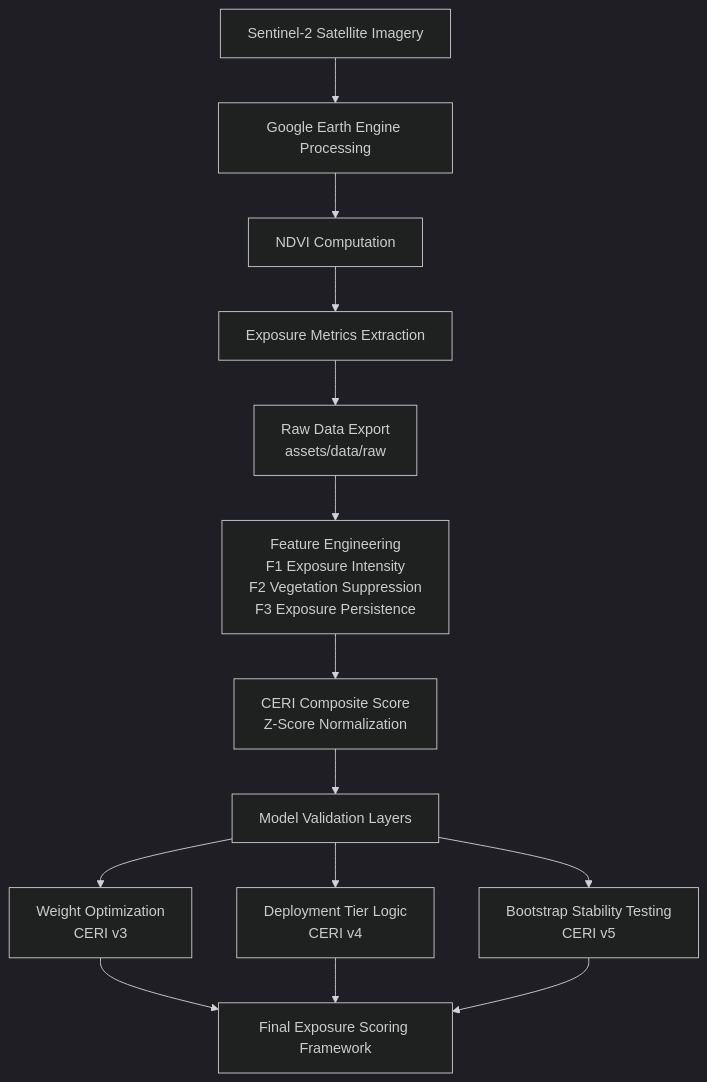
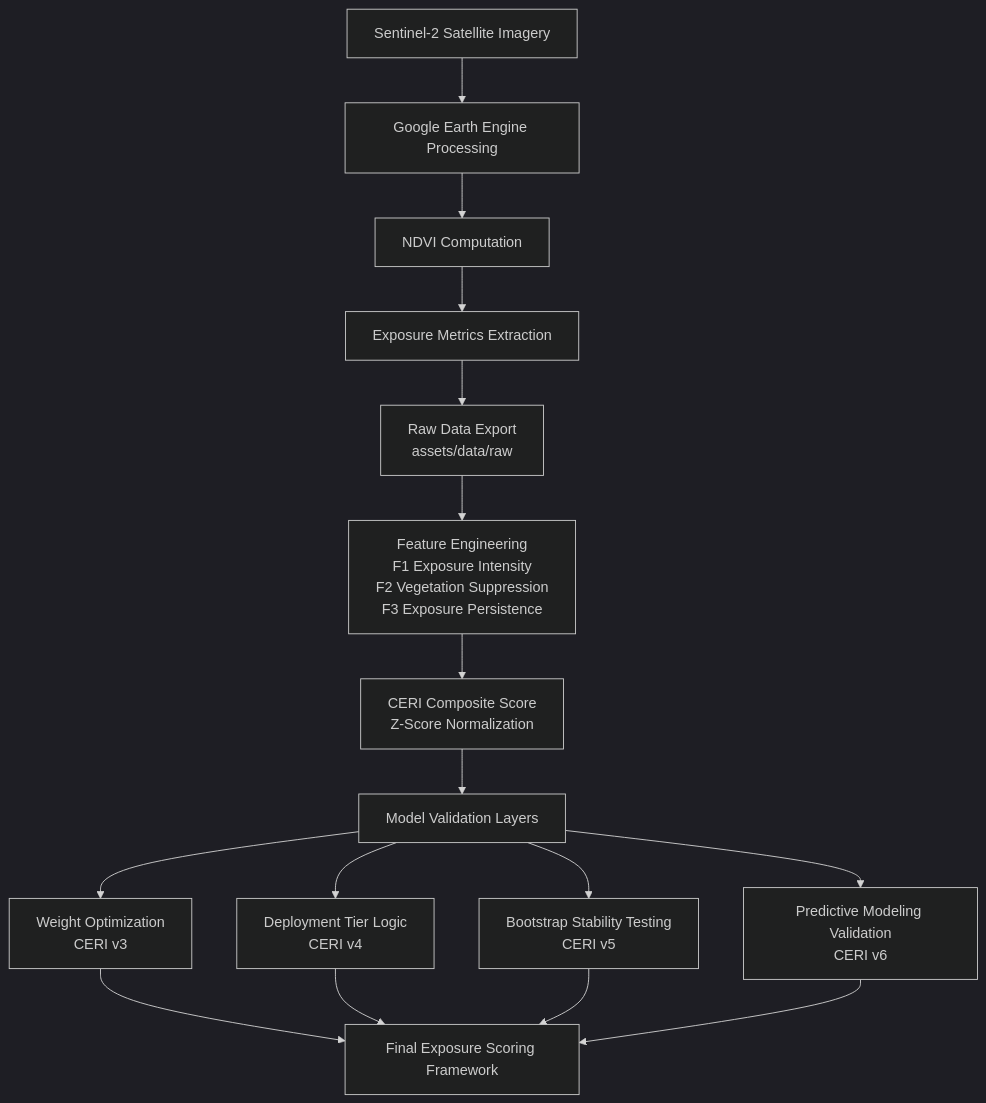
Before and after one commit to aniray2908/satellite-esg-risk-engine: the diagram in README.md, drawn with Mermaid (dark theme). The commit also changed other lines of this file, not shown here.

````diff
--- a/README.md
+++ b/README.md
@@ -40,24 +41,26 @@
 ```mermaid
 flowchart TD
 
 A[Sentinel-2 Satellite Imagery] --> B[Google Earth Engine Processing]
 
 B --> C[NDVI Computation]
 C --> D[Exposure Metrics Extraction]
 
 D --> E[Raw Data Export<br>assets/data/raw]
 
 E --> F[Feature Engineering<br>F1 Exposure Intensity<br>F2 Vegetation Suppression<br>F3 Exposure Persistence]
 
 F --> G[CERI Composite Score<br>Z-Score Normalization]
 
 G --> H[Model Validation Layers]
 
 H --> I[Weight Optimization<br>CERI v3]
 H --> J[Deployment Tier Logic<br>CERI v4]
 H --> K[Bootstrap Stability Testing<br>CERI v5]
+H --> M[Predictive Modeling Validation<br>CERI v6]
 
 I --> L[Final Exposure Scoring Framework]
 J --> L
 K --> L
+M --> L
 ```
````
